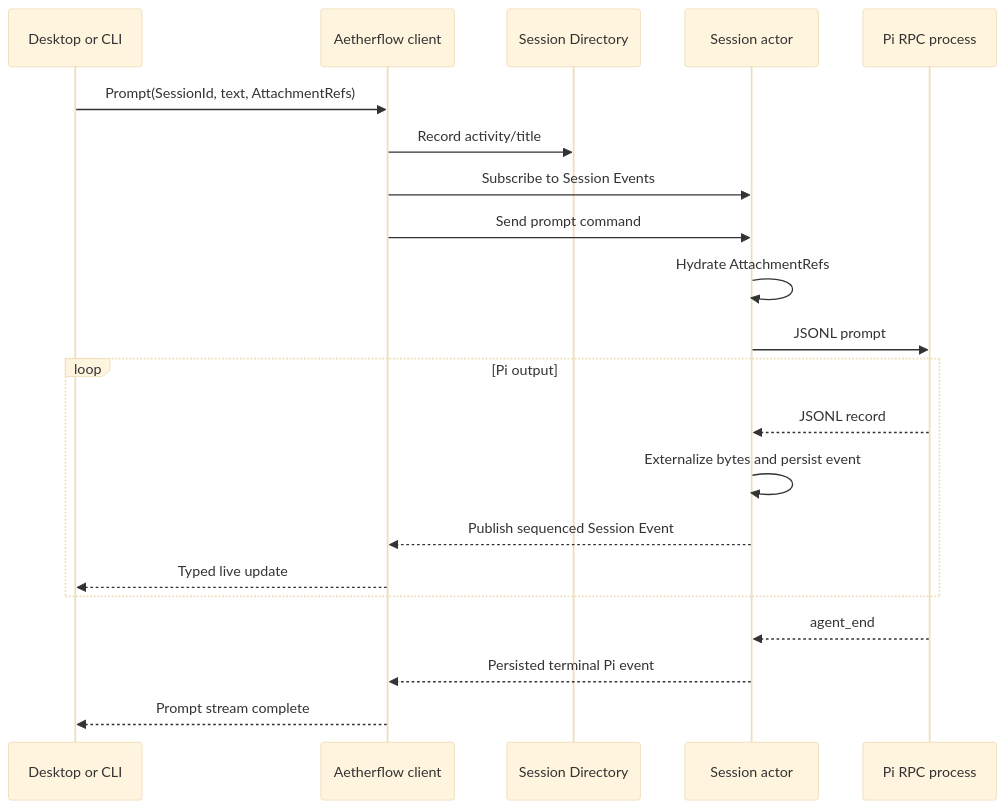
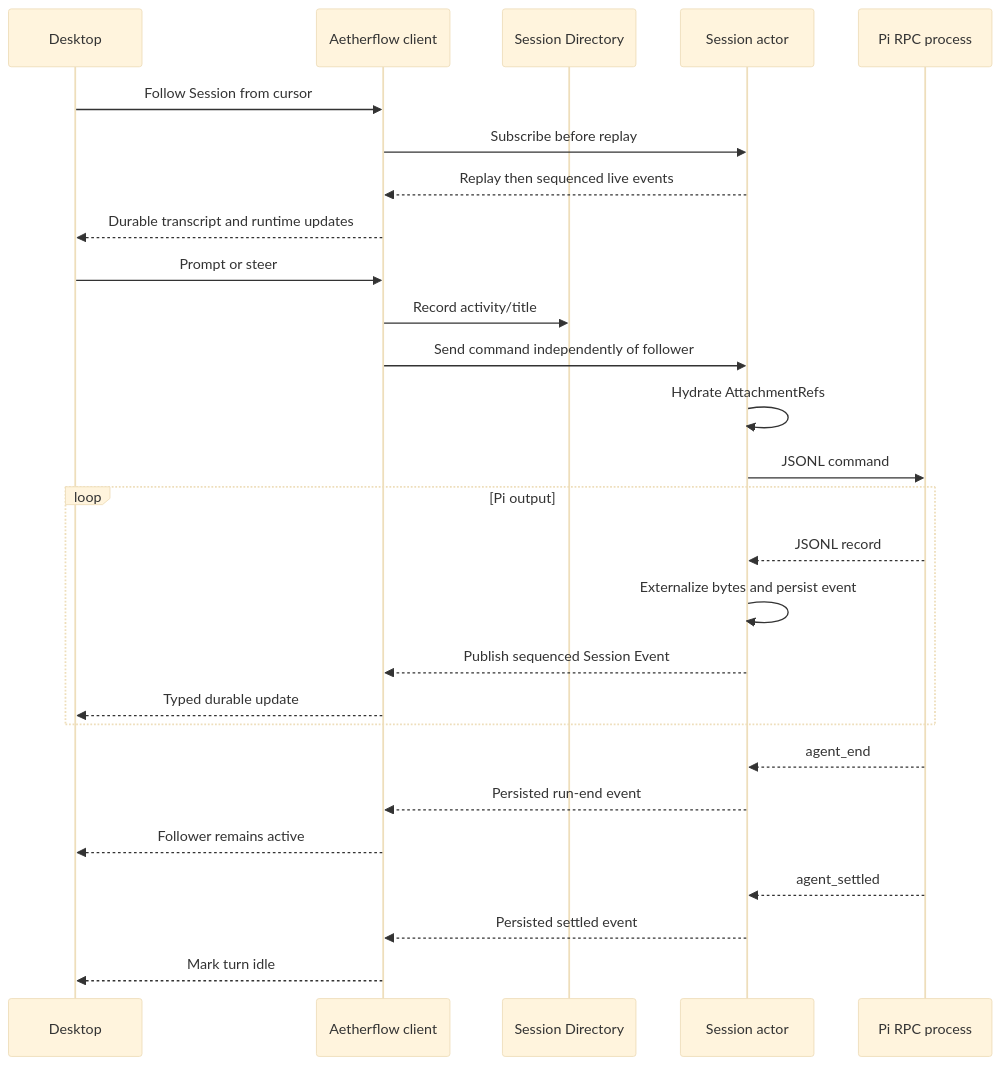
The second of 3 diagrams in docs/architecture/local-sessions.md (baiirun/aetherflow), drawn with Mermaid (base theme) before and after one commit. The commit also changed other lines of this file and 2 other files, not shown here.

First line of the commit message:
fix(desktop): preserve durable session lifecycle authority

````diff
--- a/docs/architecture/local-sessions.md
+++ b/docs/architecture/local-sessions.md
@@ -196,24 +212,30 @@
 ```mermaid
 sequenceDiagram
-    participant C as Desktop or CLI
+    participant UI as Desktop
     participant AC as Aetherflow client
     participant D as Session Directory
     participant S as Session actor
     participant P as Pi RPC process
 
-    C->>AC: Prompt(SessionId, text, AttachmentRefs)
+    UI->>AC: Follow Session from cursor
+    AC->>S: Subscribe before replay
+    S-->>AC: Replay then sequenced live events
+    AC-->>UI: Durable transcript and runtime updates
+    UI->>AC: Prompt or steer
     AC->>D: Record activity/title
-    AC->>S: Subscribe to Session Events
-    AC->>S: Send prompt command
+    AC->>S: Send command independently of follower
     S->>S: Hydrate AttachmentRefs
-    S->>P: JSONL prompt
+    S->>P: JSONL command
     loop Pi output
         P-->>S: JSONL record
         S->>S: Externalize bytes and persist event
         S-->>AC: Publish sequenced Session Event
-        AC-->>C: Typed live update
+        AC-->>UI: Typed durable update
     end
     P-->>S: agent_end
-    S-->>AC: Persisted terminal Pi event
-    AC-->>C: Prompt stream complete
+    S-->>AC: Persisted run-end event
+    AC-->>UI: Follower remains active
+    P-->>S: agent_settled
+    S-->>AC: Persisted settled event
+    AC-->>UI: Mark turn idle
 ```
````
